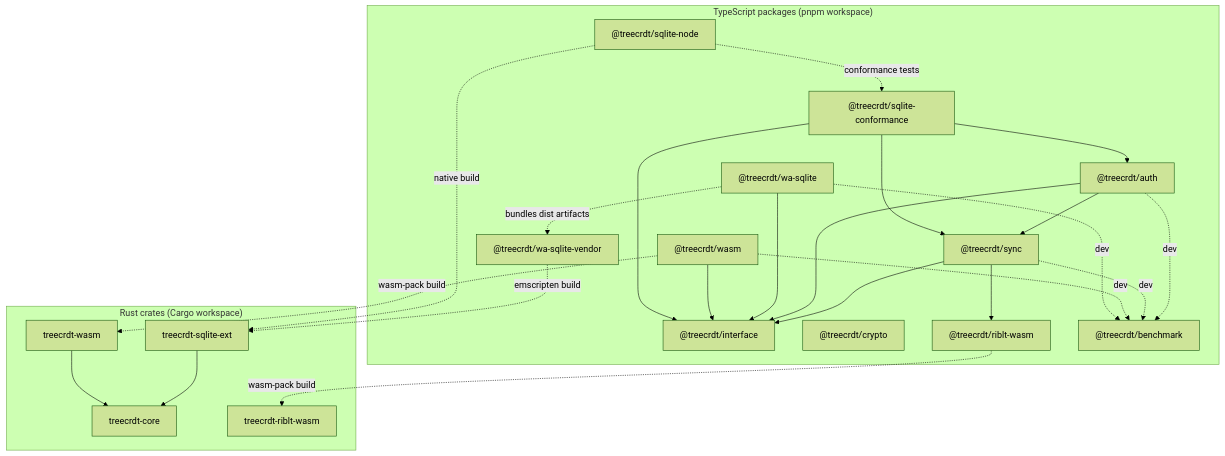
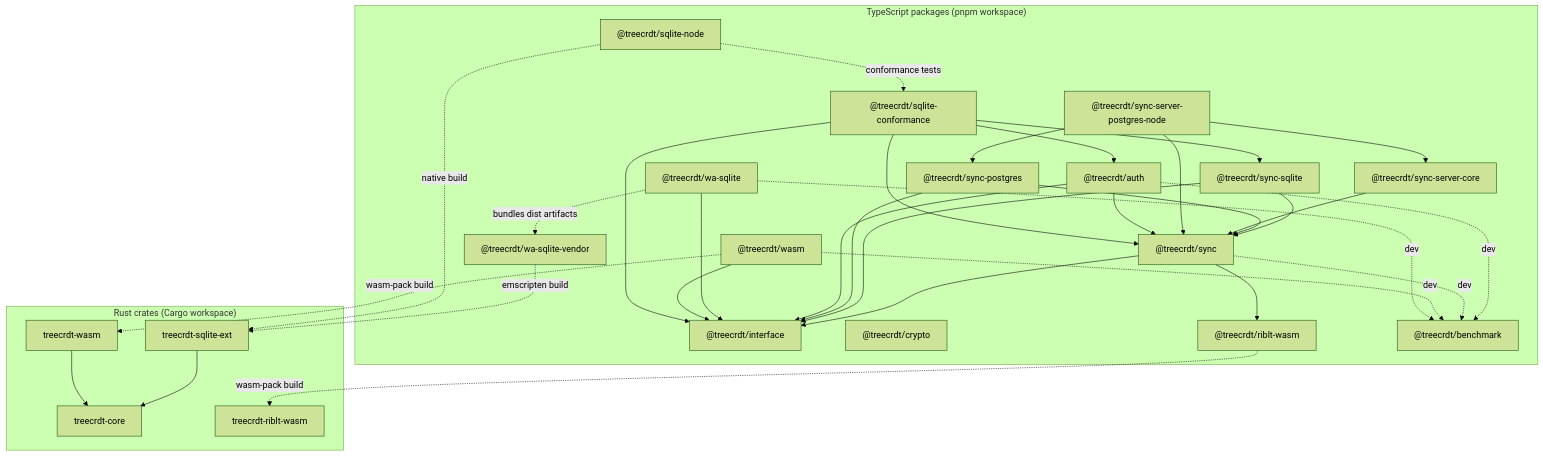
Before and after one commit to cybersemics/treecrdt: the diagram in docs/ARCHITECTURE.md, drawn with Mermaid (forest theme). The commit also changed 66 other files, not shown here.

````diff
--- a/docs/ARCHITECTURE.md
+++ b/docs/ARCHITECTURE.md
@@ -18,53 +18,66 @@
 ```mermaid
 flowchart TD
   %% Rust crates (Cargo workspace)
   subgraph Rust["Rust crates (Cargo workspace)"]
     core_crate["treecrdt-core"]
     sqlite_ext_crate["treecrdt-sqlite-ext"]
     wasm_crate["treecrdt-wasm"]
     riblt_crate["treecrdt-riblt-wasm"]
 
     sqlite_ext_crate --> core_crate
     wasm_crate --> core_crate
   end
 
   %% TypeScript packages (pnpm workspace)
   subgraph TS["TypeScript packages (pnpm workspace)"]
     iface["@treecrdt/interface"]
-    sync["@treecrdt/sync"]
+    sync_core["@treecrdt/sync"]
+    sync_sqlite["@treecrdt/sync-sqlite"]
+    sync_postgres["@treecrdt/sync-postgres"]
+    sync_server_core["@treecrdt/sync-server-core"]
+    sync_server_pg["@treecrdt/sync-server-postgres-node"]
     auth["@treecrdt/auth"]
     crypto["@treecrdt/crypto"]
     wa_vendor["@treecrdt/wa-sqlite-vendor"]
     wa["@treecrdt/wa-sqlite"]
     wasm_pkg["@treecrdt/wasm"]
     riblt_pkg["@treecrdt/riblt-wasm"]
     sqlite_node["@treecrdt/sqlite-node"]
     conformance["@treecrdt/sqlite-conformance"]
     bench["@treecrdt/benchmark"]
   end
 
   %% Runtime dependencies
-  sync --> iface
-  sync --> riblt_pkg
+  sync_core --> iface
+  sync_core --> riblt_pkg
+  sync_sqlite --> sync_core
+  sync_sqlite --> iface
+  sync_postgres --> sync_core
+  sync_postgres --> iface
+  sync_server_core --> sync_core
+  sync_server_pg --> sync_core
+  sync_server_pg --> sync_postgres
+  sync_server_pg --> sync_server_core
   auth --> iface
-  auth --> sync
+  auth --> sync_core
   wa --> iface
   wasm_pkg --> iface
   conformance --> auth
-  conformance --> sync
+  conformance --> sync_core
+  conformance --> sync_sqlite
   conformance --> iface
 
   %% Build-time connections (how artifacts are produced)
   riblt_pkg -. wasm-pack build .-> riblt_crate
   wasm_pkg -. wasm-pack build .-> wasm_crate
   wa_vendor -. emscripten build .-> sqlite_ext_crate
   sqlite_node -. native build .-> sqlite_ext_crate
   wa -. bundles dist artifacts .-> wa_vendor
 
   %% Dev/test relationships (kept out of runtime deps)
   auth -. dev .-> bench
-  sync -. dev .-> bench
+  sync_core -. dev .-> bench
   wasm_pkg -. dev .-> bench
   wa -. dev .-> bench
   sqlite_node -. conformance tests .-> conformance
 ```
````
